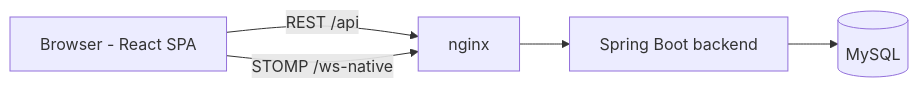
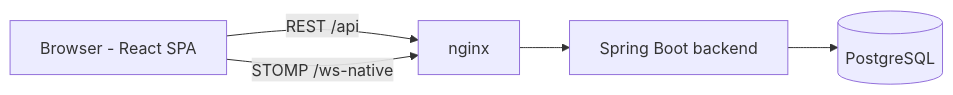
One commit to arsova-mx/OpenPoker changed the diagram in README.md. Above: the diagram before and after it, drawn with Mermaid. The commit also changed other lines of this file and 7 other files, not shown here.

First line of the commit message:
feat(db): switch from MySQL to PostgreSQL

````diff
--- a/README.md
+++ b/README.md
@@ -112,7 +120,7 @@
 ```mermaid
 flowchart LR
   B[Browser - React SPA] -->|REST /api| N[nginx]
   B -->|STOMP /ws-native| N
   N --> S[Spring Boot backend]
-  S --> D[(MySQL)]
+  S --> D[(PostgreSQL)]
 ```
````
